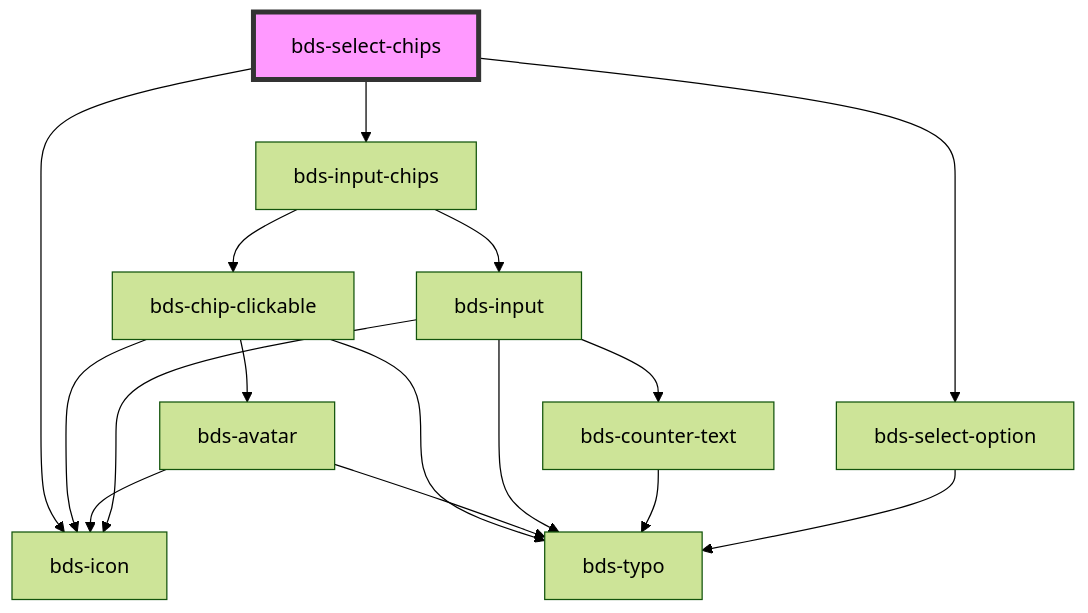
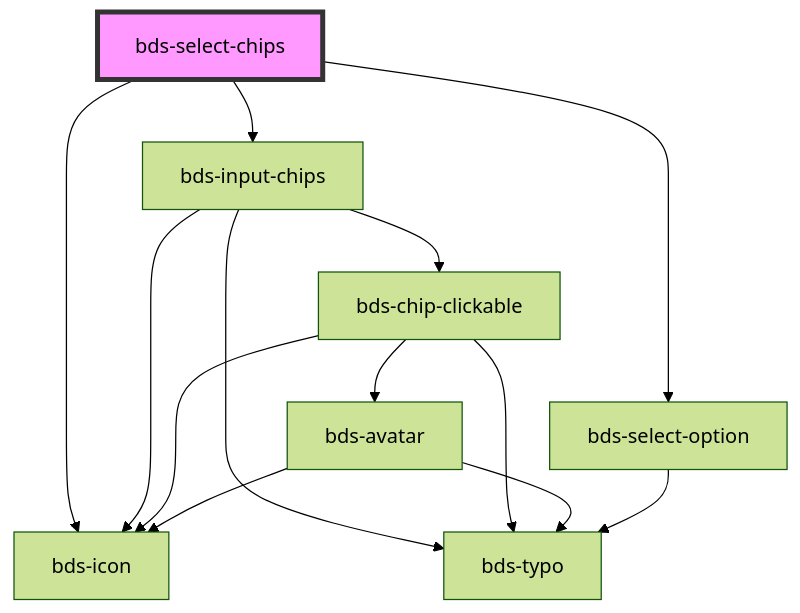
The diagram in src/components/selects/select-chips/readme.md (takenet/blip-ds), drawn with Mermaid (forest theme) before and after one commit. The commit also changed 7 other files, not shown here.

Commit message:
fix(input-chips): uncapsulate input from input-chips

````diff
--- a/src/components/selects/select-chips/readme.md
+++ b/src/components/selects/select-chips/readme.md
@@ -70,19 +70,16 @@
 ```mermaid
 graph TD;
   bds-select-chips --> bds-input-chips
   bds-select-chips --> bds-icon
   bds-select-chips --> bds-select-option
   bds-input-chips --> bds-chip-clickable
-  bds-input-chips --> bds-input
+  bds-input-chips --> bds-icon
+  bds-input-chips --> bds-typo
   bds-chip-clickable --> bds-icon
   bds-chip-clickable --> bds-avatar
   bds-chip-clickable --> bds-typo
   bds-avatar --> bds-typo
   bds-avatar --> bds-icon
-  bds-input --> bds-icon
-  bds-input --> bds-typo
-  bds-input --> bds-counter-text
-  bds-counter-text --> bds-typo
   bds-select-option --> bds-typo
   style bds-select-chips fill:#f9f,stroke:#333,stroke-width:4px
 ```
````
